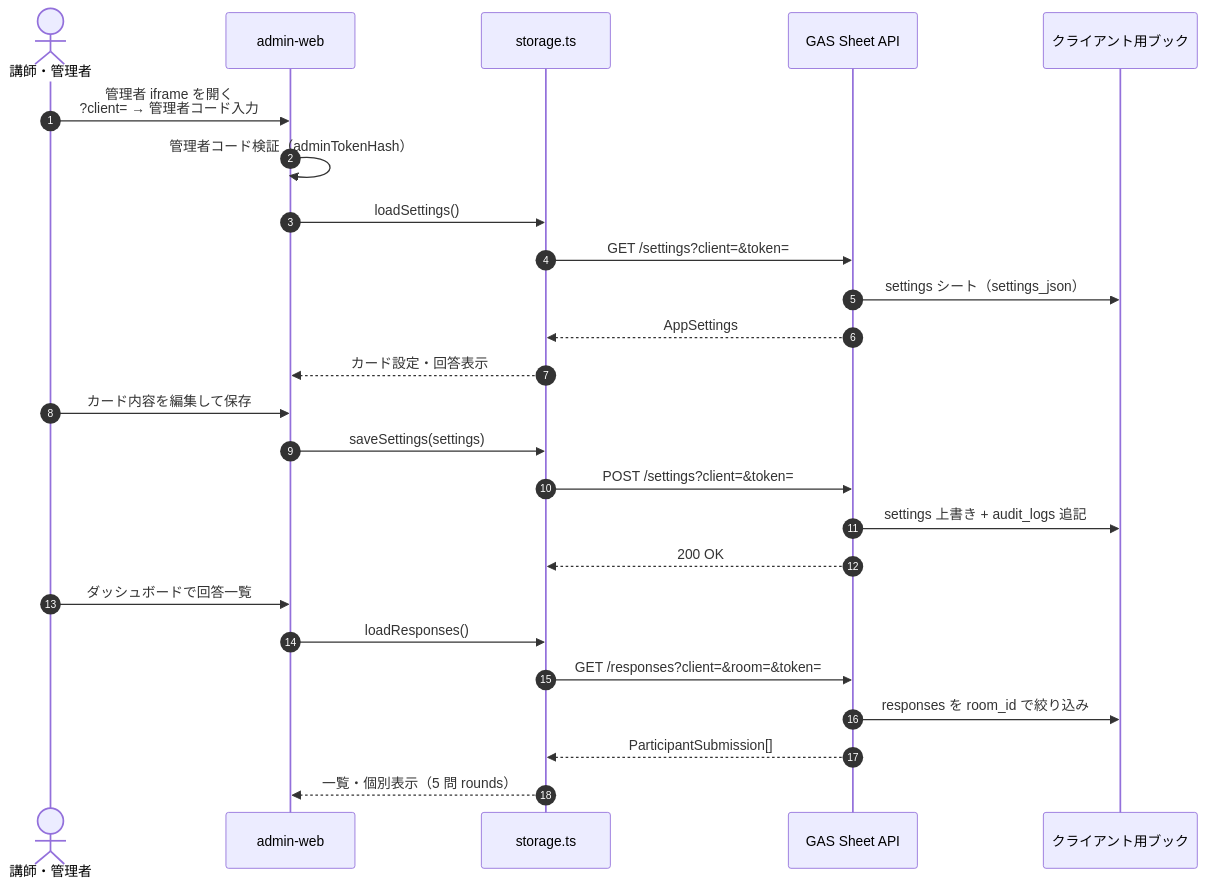
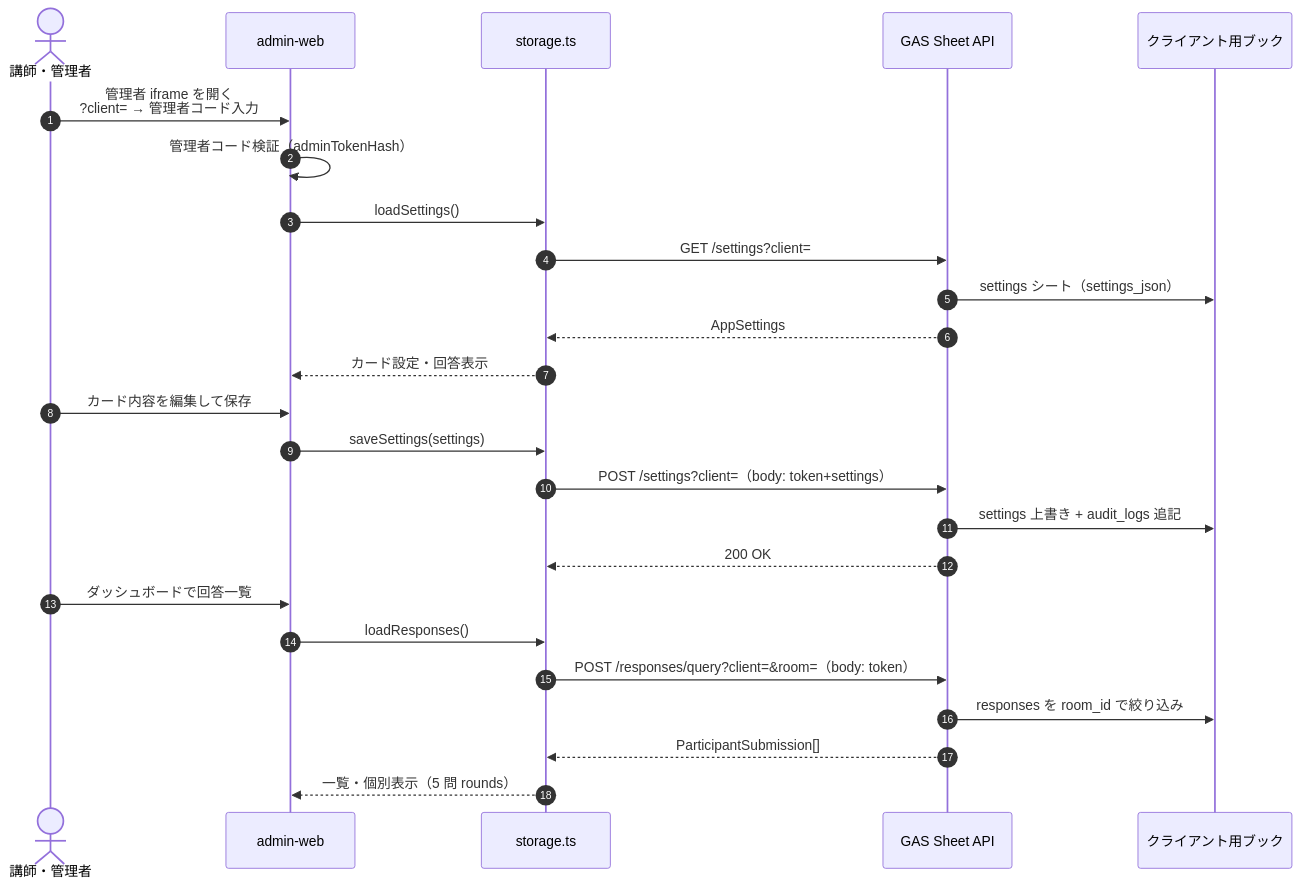
Before and after one commit to shintaro0403/experteye360: the third of 6 diagrams in docs/TECHNICAL-SPEC.md, drawn with Mermaid. The commit also changed other lines of this file and 32 other files, not shown here.

````diff
--- a/docs/TECHNICAL-SPEC.md
+++ b/docs/TECHNICAL-SPEC.md
@@ -836,30 +836,30 @@
 ```mermaid
 sequenceDiagram
   autonumber
   actor T as 講師・管理者
   participant A as admin-web
   participant S as storage.ts
   participant API as GAS Sheet API
   participant SS as クライアント用ブック
 
   T->>A: 管理者 iframe を開く<br/>?client= → 管理者コード入力
   A->>A: 管理者コード検証（adminTokenHash）
   A->>S: loadSettings()
-  S->>API: GET /settings?client=&token=
+  S->>API: GET /settings?client=
   API->>SS: settings シート（settings_json）
   API-->>S: AppSettings
   S-->>A: カード設定・回答表示
 
   T->>A: カード内容を編集して保存
   A->>S: saveSettings(settings)
-  S->>API: POST /settings?client=&token=
+  S->>API: POST /settings?client=（body: token+settings）
   API->>SS: settings 上書き + audit_logs 追記
   API-->>S: 200 OK
 
   T->>A: ダッシュボードで回答一覧
   A->>S: loadResponses()
-  S->>API: GET /responses?client=&room=&token=
+  S->>API: POST /responses/query?client=&room=（body: token）
   API->>SS: responses を room_id で絞り込み
   API-->>S: ParticipantSubmission[]
   S-->>A: 一覧・個別表示（5 問 rounds）
 ```
````
